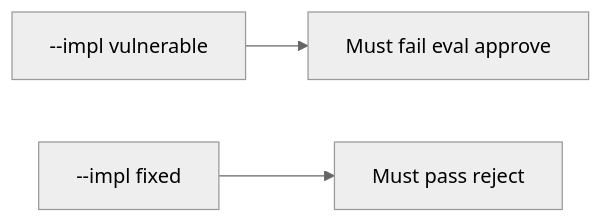
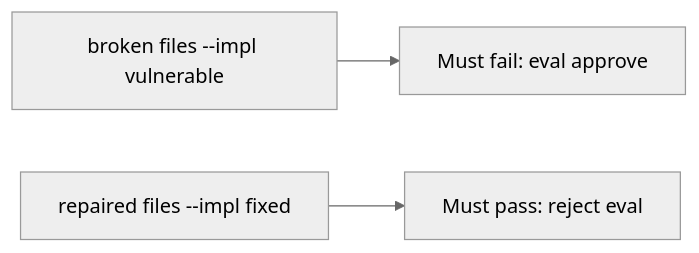
The diagram in content/modules/9/9.2/lessons/05-verify.md (ishitvagoel/LearnSecurity), drawn with Mermaid (neutral theme) before and after one commit. The commit also changed other lines of this file and 39 other files, not shown here.

````diff
--- a/content/modules/9/9.2/lessons/05-verify.md
+++ b/content/modules/9/9.2/lessons/05-verify.md
@@ -15,5 +14,5 @@
 ```mermaid
 flowchart LR
-  V["--impl vulnerable"] --> F["Must fail eval approve"]
-  X["--impl fixed"] --> P["Must pass reject"]
+  V["broken files --impl vulnerable"] --> F["Must fail: eval approve"]
+  X["repaired files --impl fixed"] --> P["Must pass: reject eval"]
 ```
````
